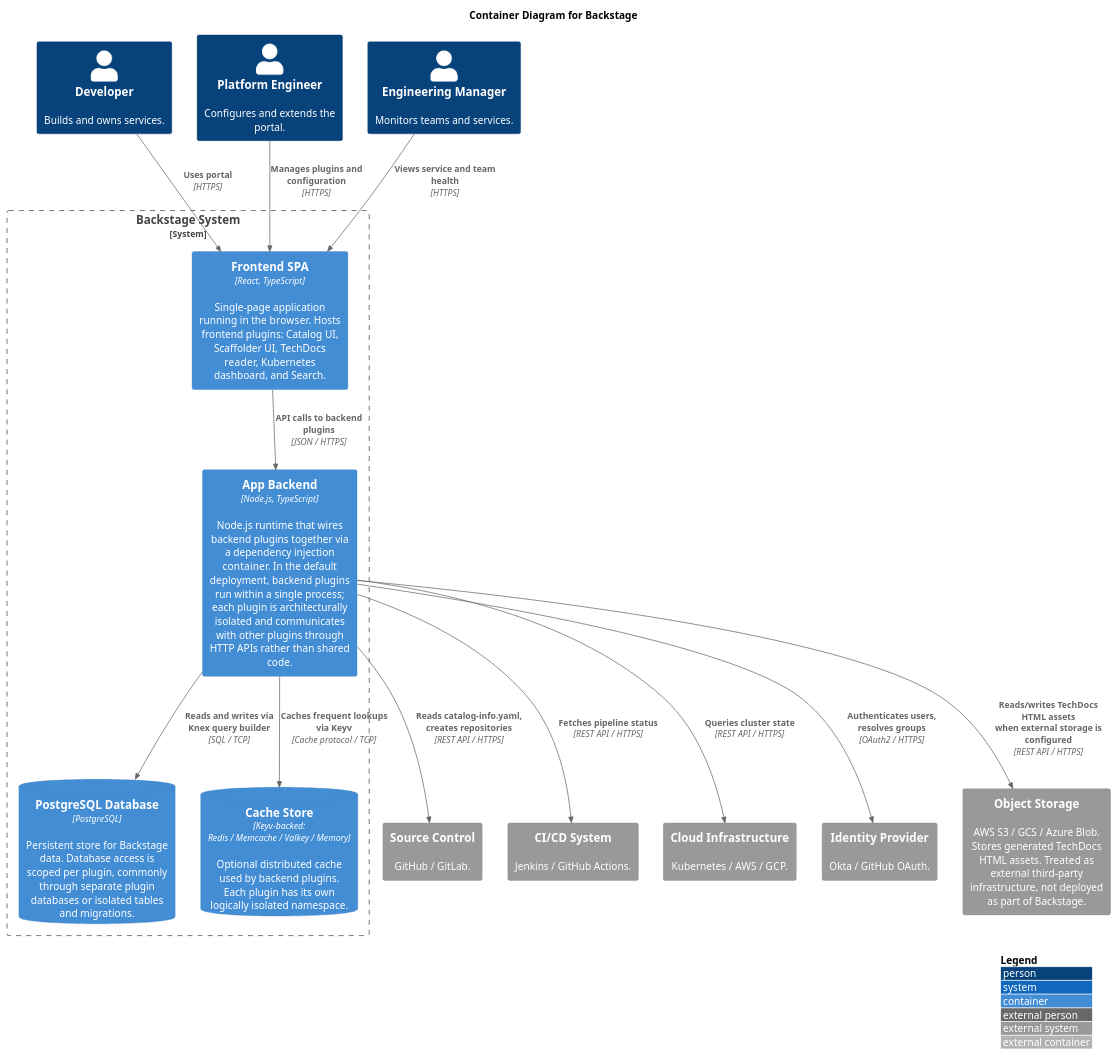
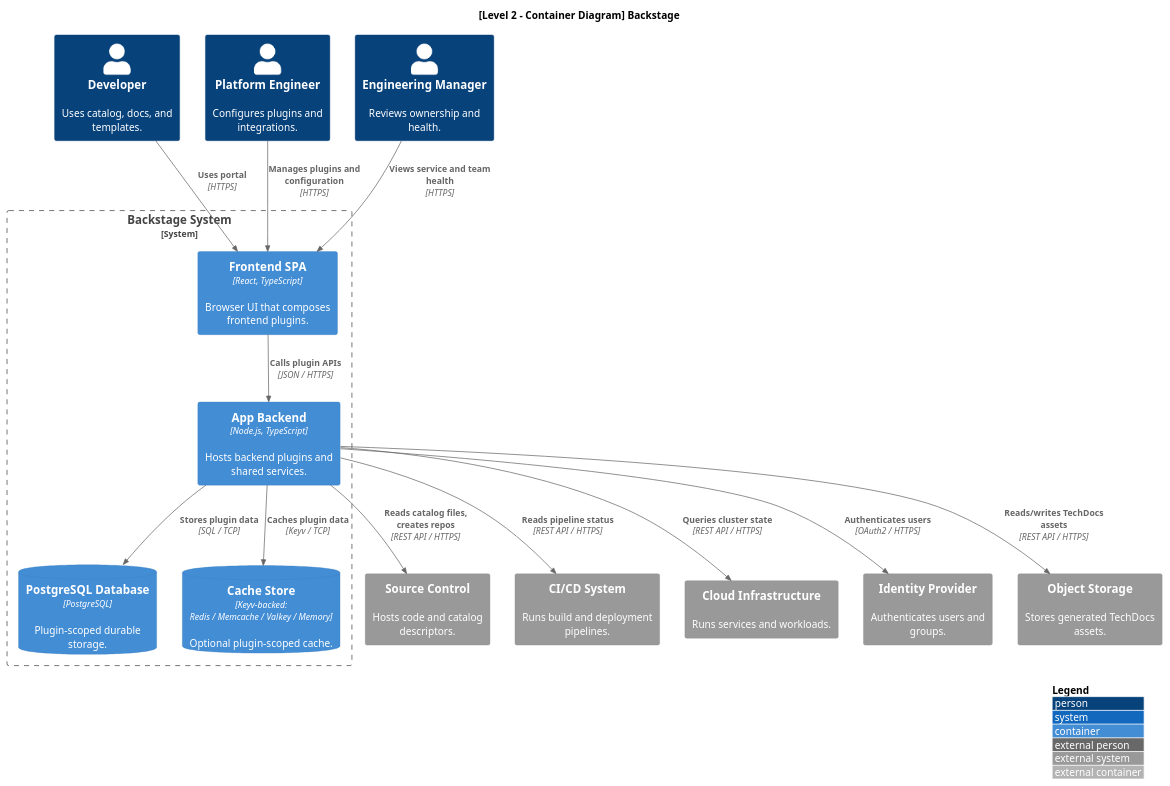
Before and after one commit to Group06-SwDA/Project: the diagram in notes/architecture/diagrams/container-diagram.puml, drawn with PlantUML. The commit also changed 12 other files, not shown here.

Commit message:
feat: updated diagrams

```diff
--- a/notes/architecture/diagrams/container-diagram.puml
+++ b/notes/architecture/diagrams/container-diagram.puml
@@ -1,36 +1,36 @@
 @startuml
 !include <c4/C4_Container.puml>
 LAYOUT_WITH_LEGEND()
-title Container Diagram for Backstage
+title [Level 2 - Container Diagram] Backstage
 
-Person(developer, "Developer", "Builds and owns services.")
-Person(platform_eng, "Platform Engineer", "Configures and extends the portal.")
-Person(eng_manager, "Engineering Manager", "Monitors teams and services.")
+Person(developer, "Developer", "Uses catalog, docs, and templates.")
+Person(platform_eng, "Platform Engineer", "Configures plugins and integrations.")
+Person(eng_manager, "Engineering Manager", "Reviews ownership and health.")
 
-System_Ext(source_control, "Source Control", "GitHub / GitLab.")
-System_Ext(cicd, "CI/CD System", "Jenkins / GitHub Actions.")
-System_Ext(cloud_infra, "Cloud Infrastructure", "Kubernetes / AWS / GCP.")
-System_Ext(idp, "Identity Provider", "Okta / GitHub OAuth.")
-System_Ext(object_storage, "Object Storage", "AWS S3 / GCS / Azure Blob. Stores generated TechDocs HTML assets. Treated as external third-party infrastructure, not deployed as part of Backstage.")
+System_Ext(source_control, "Source Control", "Hosts code and catalog descriptors.")
+System_Ext(cicd, "CI/CD System", "Runs build and deployment pipelines.")
+System_Ext(cloud_infra, "Cloud Infrastructure", "Runs services and workloads.")
+System_Ext(idp, "Identity Provider", "Authenticates users and groups.")
+System_Ext(object_storage, "Object Storage", "Stores generated TechDocs assets.")
 
 System_Boundary(backstage_boundary, "Backstage System") {
-    Container(frontend, "Frontend SPA", "React, TypeScript", "Single-page application running in the browser. Hosts frontend plugins: Catalog UI, Scaffolder UI, TechDocs reader, Kubernetes dashboard, and Search.")
-    Container(app_backend, "App Backend", "Node.js, TypeScript", "Node.js runtime that wires backend plugins together via a dependency injection container. In the default deployment, backend plugins run within a single process; each plugin is architecturally isolated and communicates with other plugins through HTTP APIs rather than shared code.")
-    ContainerDb(db, "PostgreSQL Database", "PostgreSQL", "Persistent store for Backstage data. Database access is scoped per plugin, commonly through separate plugin databases or isolated tables and migrations.")
-    ContainerDb(cache, "Cache Store", "Keyv-backed:\nRedis / Memcache / Valkey / Memory", "Optional distributed cache used by backend plugins. Each plugin has its own logically isolated namespace.")
+    Container(frontend, "Frontend SPA", "React, TypeScript", "Browser UI that composes frontend plugins.")
+    Container(app_backend, "App Backend", "Node.js, TypeScript", "Hosts backend plugins and shared services.")
+    ContainerDb(db, "PostgreSQL Database", "PostgreSQL", "Plugin-scoped durable storage.")
+    ContainerDb(cache, "Cache Store", "Keyv-backed:\nRedis / Memcache / Valkey / Memory", "Optional plugin-scoped cache.")
 }
 
 Rel(developer, frontend, "Uses portal", "HTTPS")
 Rel(platform_eng, frontend, "Manages plugins and configuration", "HTTPS")
 Rel(eng_manager, frontend, "Views service and team health", "HTTPS")
 
-Rel(frontend, app_backend, "API calls to backend plugins", "JSON / HTTPS")
-Rel(app_backend, db, "Reads and writes via Knex query builder", "SQL / TCP")
-Rel(app_backend, cache, "Caches frequent lookups via Keyv", "Cache protocol / TCP")
+Rel(frontend, app_backend, "Calls plugin APIs", "JSON / HTTPS")
+Rel(app_backend, db, "Stores plugin data", "SQL / TCP")
+Rel(app_backend, cache, "Caches plugin data", "Keyv / TCP")
 
-Rel(app_backend, idp, "Authenticates users, resolves groups", "OAuth2 / HTTPS")
-Rel(app_backend, source_control, "Reads catalog-info.yaml, creates repositories", "REST API / HTTPS")
-Rel(app_backend, cicd, "Fetches pipeline status", "REST API / HTTPS")
+Rel(app_backend, idp, "Authenticates users", "OAuth2 / HTTPS")
+Rel(app_backend, source_control, "Reads catalog files, creates repos", "REST API / HTTPS")
+Rel(app_backend, cicd, "Reads pipeline status", "REST API / HTTPS")
 Rel(app_backend, cloud_infra, "Queries cluster state", "REST API / HTTPS")
-Rel(app_backend, object_storage, "Reads/writes TechDocs HTML assets\nwhen external storage is configured", "REST API / HTTPS")
+Rel(app_backend, object_storage, "Reads/writes TechDocs assets", "REST API / HTTPS")
 @enduml
```
